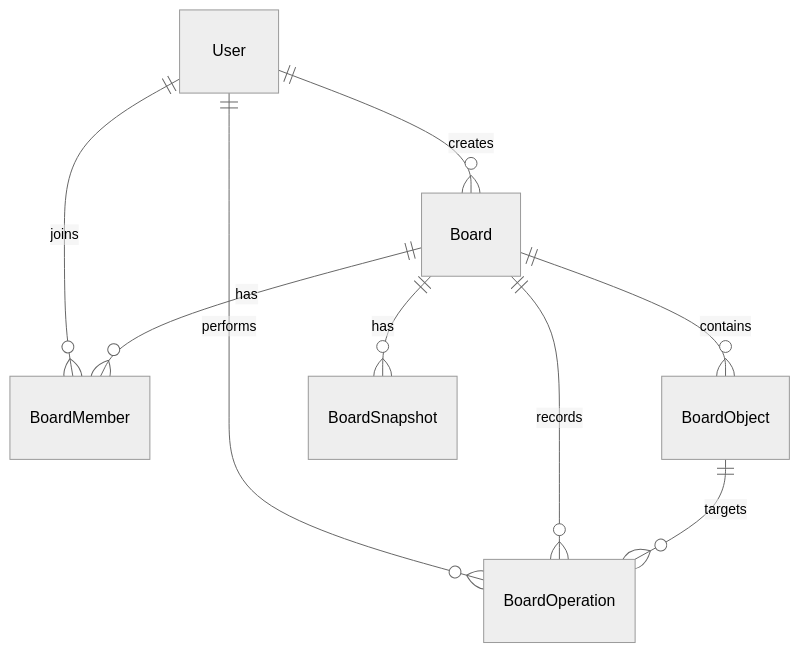
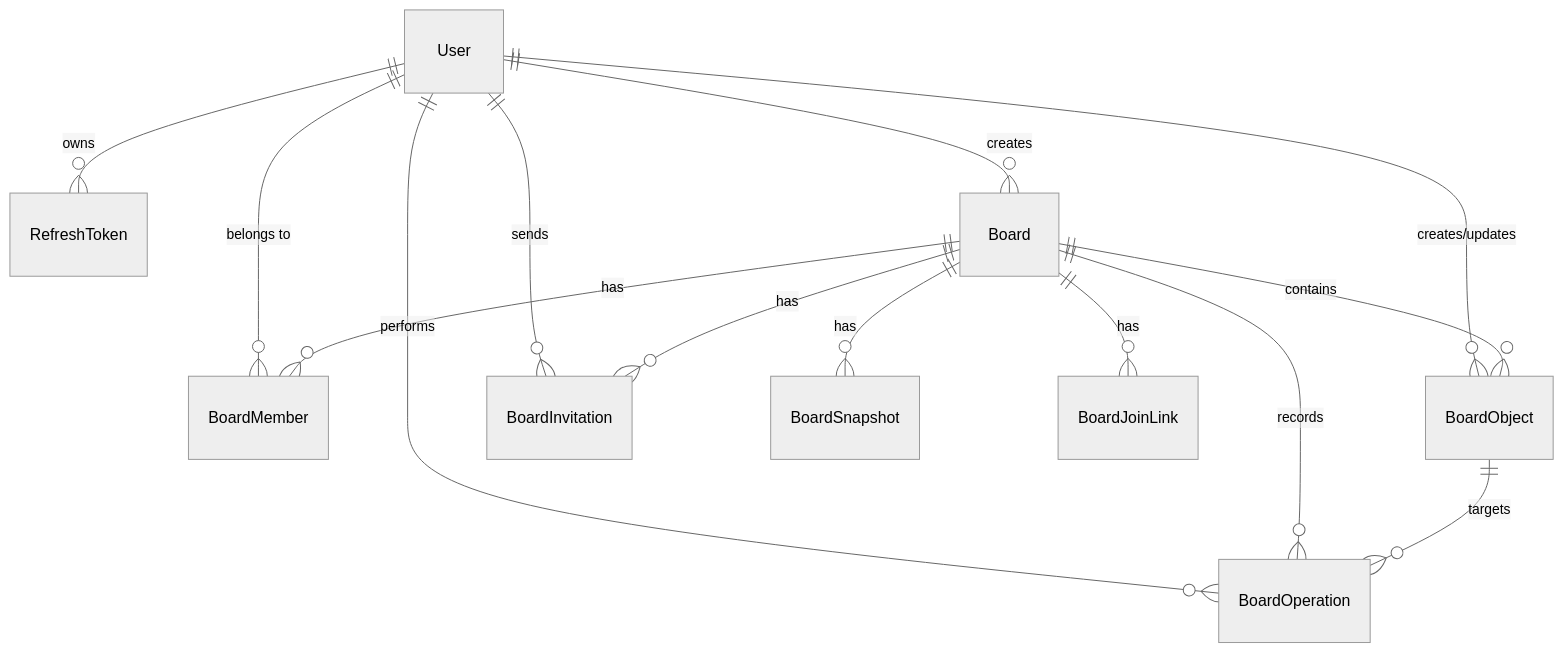
Before and after one commit to Mkhai205/vdt-realtime-collaborative-tactical-whiteboard: the second of 2 diagrams in README.md, drawn with Mermaid (neutral theme). The commit also changed other lines of this file, not shown here.

````diff
--- a/README.md
+++ b/README.md
@@ -90,11 +86,18 @@
 ```mermaid
 erDiagram
+    User ||--o{ RefreshToken : "owns"
     User ||--o{ Board : "creates"
-    User ||--o{ BoardMember : "joins"
+    User ||--o{ BoardMember : "belongs to"
     User ||--o{ BoardOperation : "performs"
+    User ||--o{ BoardObject : "creates/updates"
+    User ||--o{ BoardInvitation : "sends"
+    
     Board ||--o{ BoardMember : "has"
     Board ||--o{ BoardObject : "contains"
     Board ||--o{ BoardOperation : "records"
     Board ||--o{ BoardSnapshot : "has"
+    Board ||--o{ BoardJoinLink : "has"
+    Board ||--o{ BoardInvitation : "has"
+    
     BoardObject ||--o{ BoardOperation : "targets"
 ```
````
